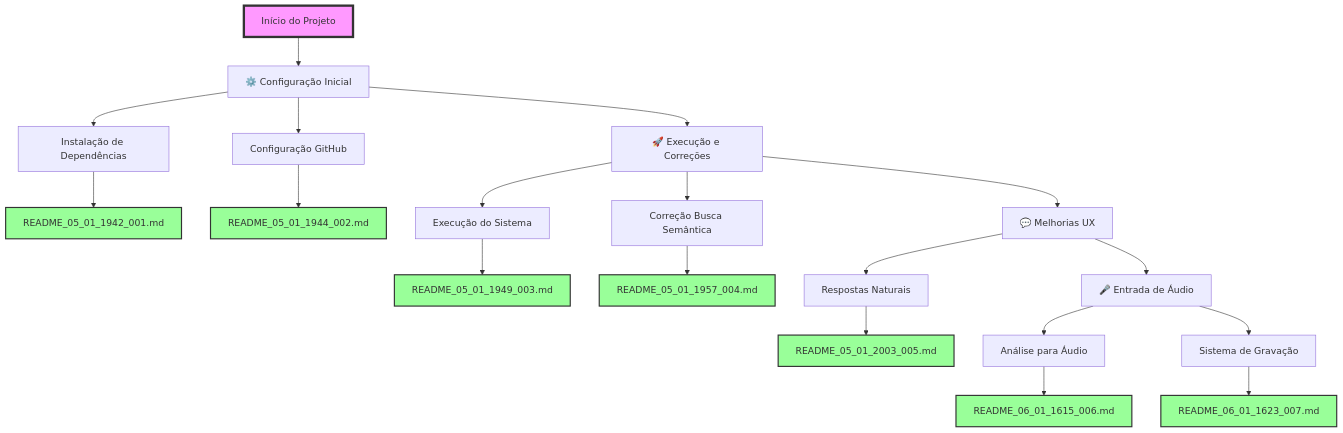
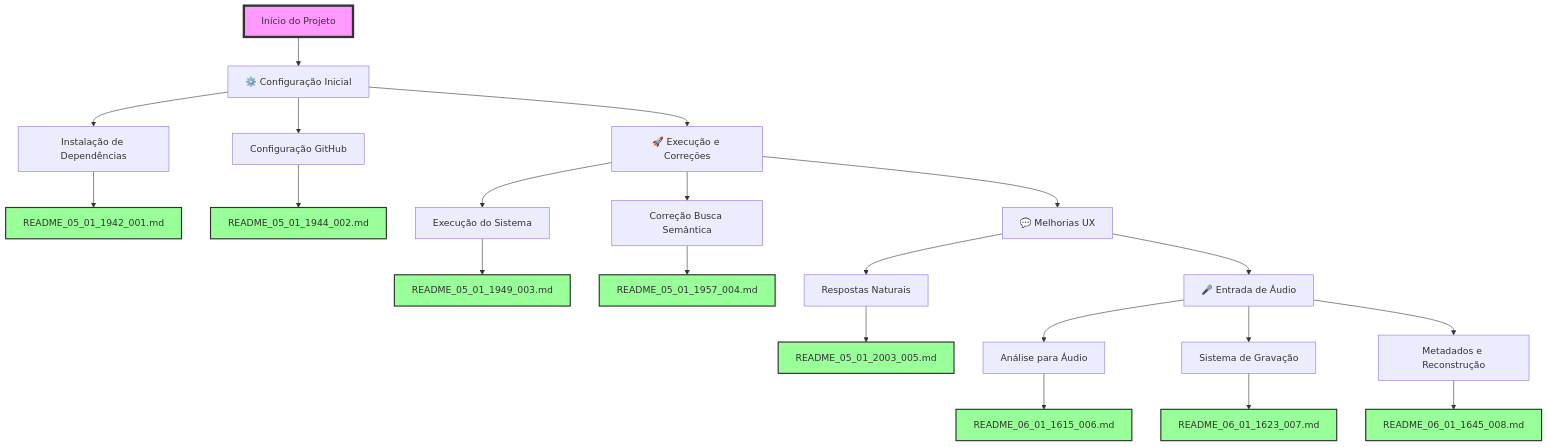
One commit to estival9999/auralis changed the diagram in FLUXOGRAMA.md. Above: the diagram before and after it, drawn with Mermaid. The commit also changed other lines of this file and 5 other files, not shown here.

First line of the commit message:
[FEAT] Implementar metadados completos e reconstrução de reuniões

````diff
--- a/FLUXOGRAMA.md
+++ b/FLUXOGRAMA.md
@@ -13,33 +13,36 @@
 ```mermaid
 flowchart TD
     A[Início do Projeto] --> A1[⚙️ Configuração Inicial]
     A1 --> A1_1[Instalação de Dependências]
     A1_1 --> README1[README_05_01_1942_001.md]
     A1 --> A1_2[Configuração GitHub]
     A1_2 --> README2[README_05_01_1944_002.md]
     
     A1 --> A2[🚀 Execução e Correções]
     A2 --> A2_1[Execução do Sistema]
     A2_1 --> README3[README_05_01_1949_003.md]
     A2 --> A2_2[Correção Busca Semântica]
     A2_2 --> README4[README_05_01_1957_004.md]
     
     A2 --> A3[💬 Melhorias UX]
     A3 --> A3_1[Respostas Naturais]
     A3_1 --> README5[README_05_01_2003_005.md]
     
     A3 --> A4[🎤 Entrada de Áudio]
     A4 --> A4_1[Análise para Áudio]
     A4_1 --> README6[README_06_01_1615_006.md]
     A4 --> A4_2[Sistema de Gravação]
     A4_2 --> README7[README_06_01_1623_007.md]
+    A4 --> A4_3[Metadados e Reconstrução]
+    A4_3 --> README8[README_06_01_1645_008.md]
     
     style A fill:#f9f,stroke:#333,stroke-width:4px
     style README1 fill:#9f9,stroke:#333,stroke-width:2px
     style README2 fill:#9f9,stroke:#333,stroke-width:2px
     style README3 fill:#9f9,stroke:#333,stroke-width:2px
     style README4 fill:#9f9,stroke:#333,stroke-width:2px
     style README5 fill:#9f9,stroke:#333,stroke-width:2px
     style README6 fill:#9f9,stroke:#333,stroke-width:2px
     style README7 fill:#9f9,stroke:#333,stroke-width:2px
+    style README8 fill:#9f9,stroke:#333,stroke-width:2px
 ```
````
